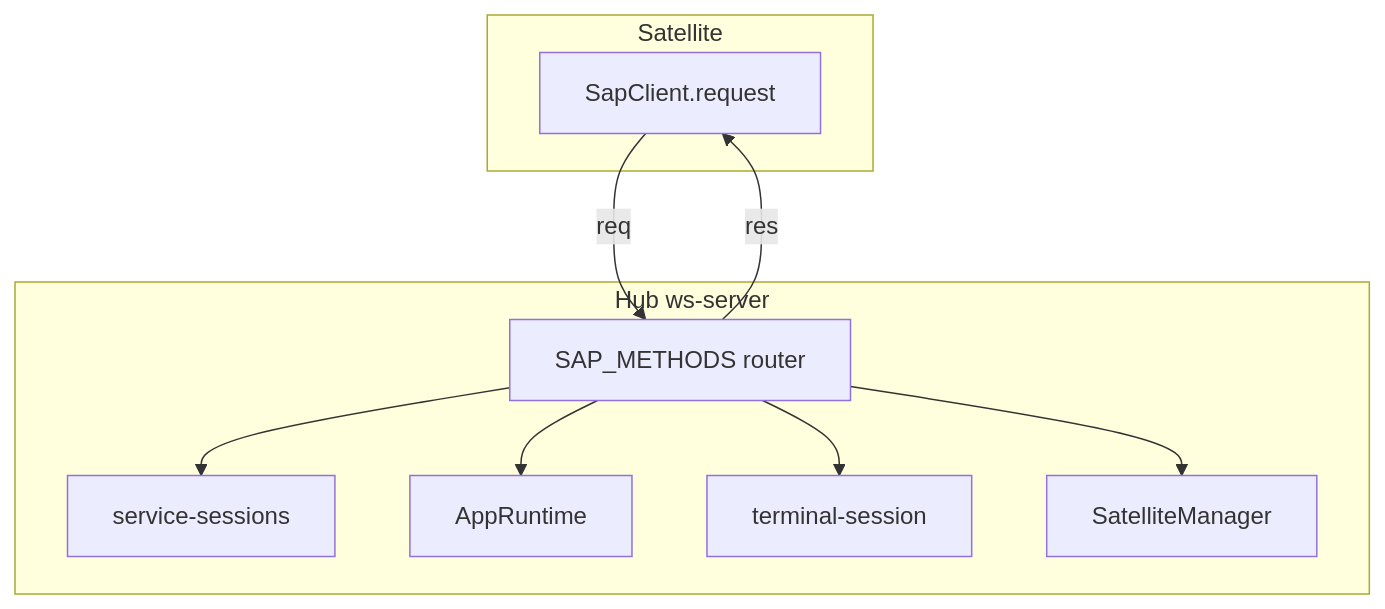
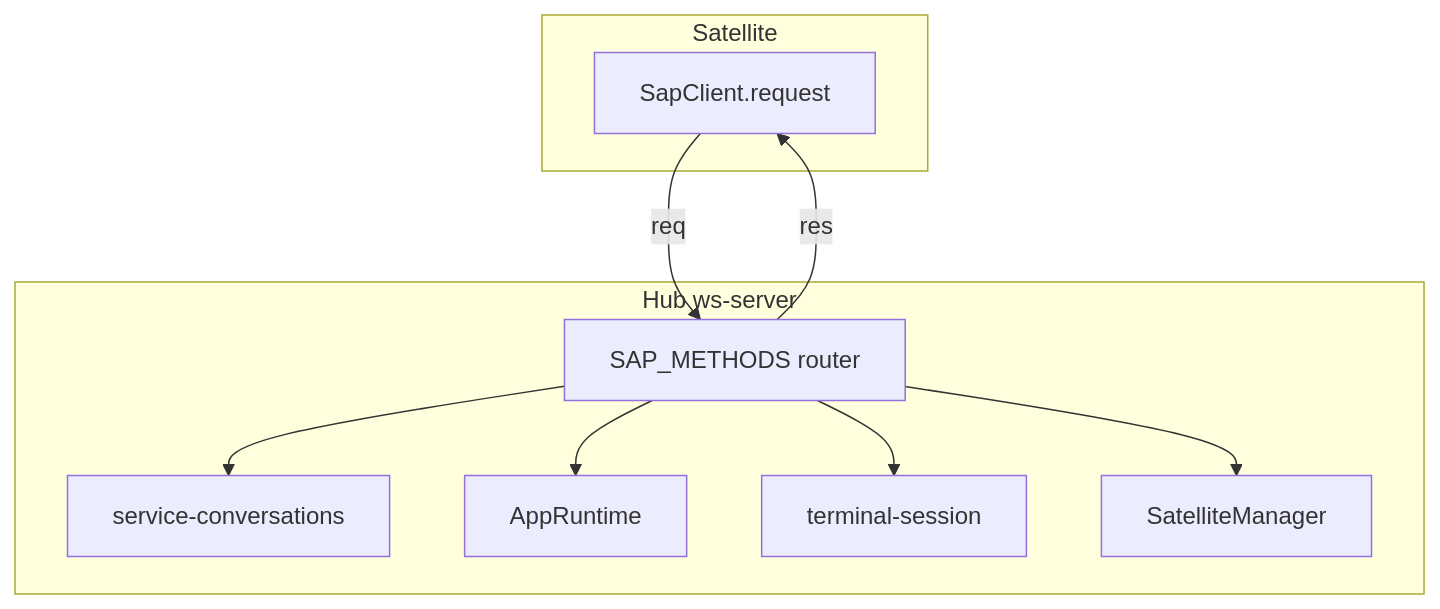
The diagram in docs/sap/methods.md (freeanima-org/freeanima), drawn with Mermaid before and after one commit. The commit also changed other lines of this file and 533 other files, not shown here.

````diff
--- a/docs/sap/methods.md
+++ b/docs/sap/methods.md
@@ -13,19 +13,19 @@
 ```mermaid
 flowchart TB
   subgraph satellite [Satellite]
     Client[SapClient.request]
   end
   subgraph hub [Hub ws-server]
     Router[SAP_METHODS router]
-    Sessions[service-sessions]
+    Sessions[service-conversations]
     Runtime[AppRuntime]
     Terminals[terminal-session]
     SatMgr[SatelliteManager]
   end
   Client -->|req| Router
   Router --> Sessions
   Router --> Runtime
   Router --> Terminals
   Router --> SatMgr
   Router -->|res| Client
 ```
````
